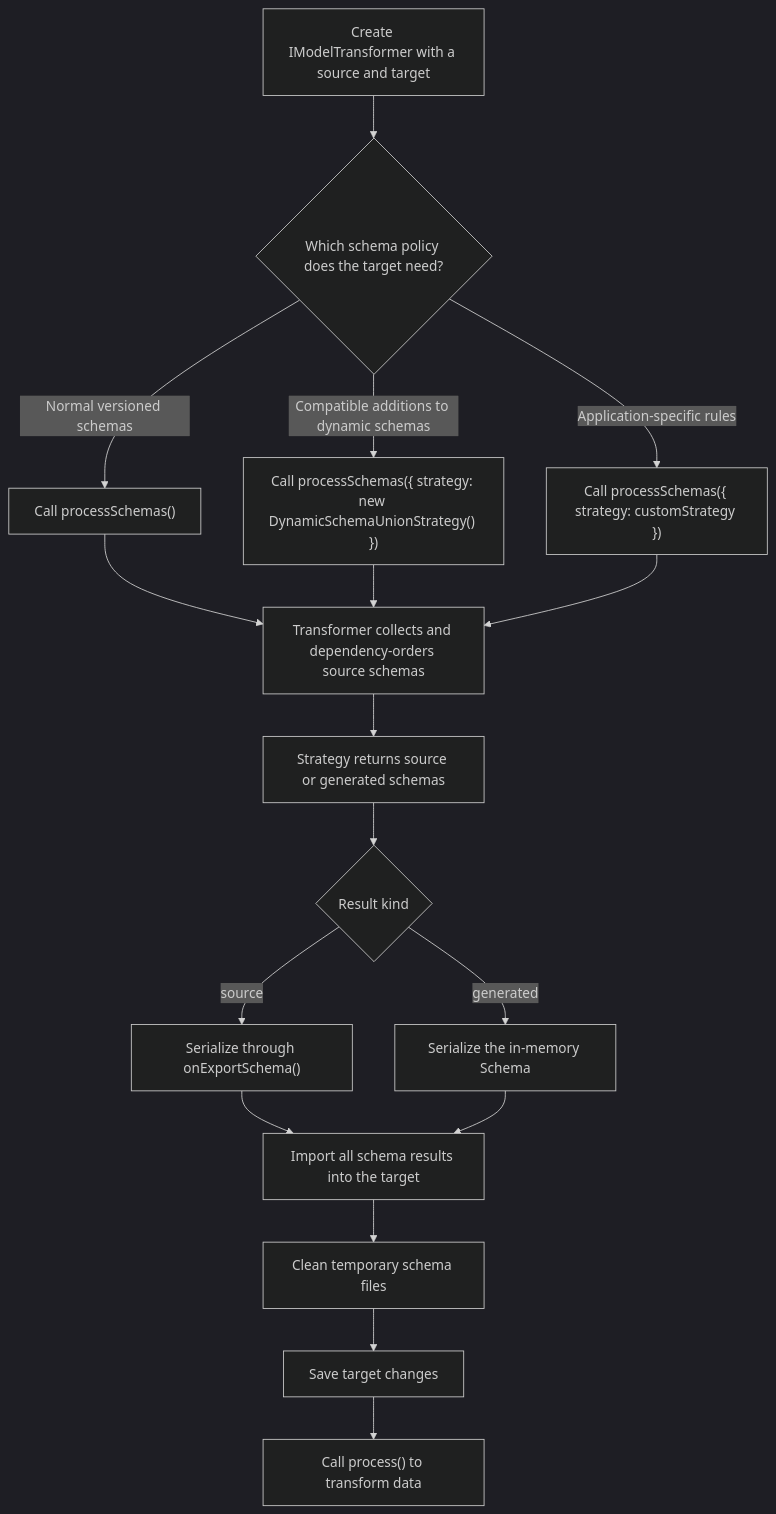
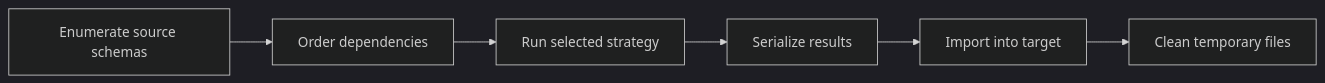
The diagram in docs/learning/transformer/schema-processing.md (iTwin/imodel-transformer), drawn with Mermaid (dark theme) before and after one commit. The commit also changed other lines of this file and 19 other files, not shown here.

Commit message:
Refine schema processing architecture

````diff
--- a/docs/learning/transformer/schema-processing.md
+++ b/docs/learning/transformer/schema-processing.md
@@ -16,19 +16,8 @@
 ```mermaid
-flowchart TD
-  A["Create IModelTransformer with a source and target"] --> B{"Which schema policy does the target need?"}
-  B -->|"Normal versioned schemas"| C["Call processSchemas()"]
-  B -->|"Compatible additions to dynamic schemas"| D["Call processSchemas({ strategy: new DynamicSchemaUnionStrategy() })"]
-  B -->|"Application-specific rules"| E["Call processSchemas({ strategy: customStrategy })"]
-  C --> F["Transformer collects and dependency-orders source schemas"]
-  D --> F
-  E --> F
-  F --> G["Strategy returns source or generated schemas"]
-  G --> H{"Result kind"}
-  H -->|"source"| I["Serialize through onExportSchema()"]
-  H -->|"generated"| J["Serialize the in-memory Schema"]
-  I --> K["Import all schema results into the target"]
-  J --> K
-  K --> L["Clean temporary schema files"]
-  L --> M["Save target changes"]
-  M --> N["Call process() to transform data"]
+flowchart LR
+  A["Enumerate source schemas"] --> B["Order dependencies"]
+  B --> C["Run selected strategy"]
+  C --> D["Serialize results"]
+  D --> E["Import into target"]
+  E --> F["Clean temporary files"]
 ```
````
